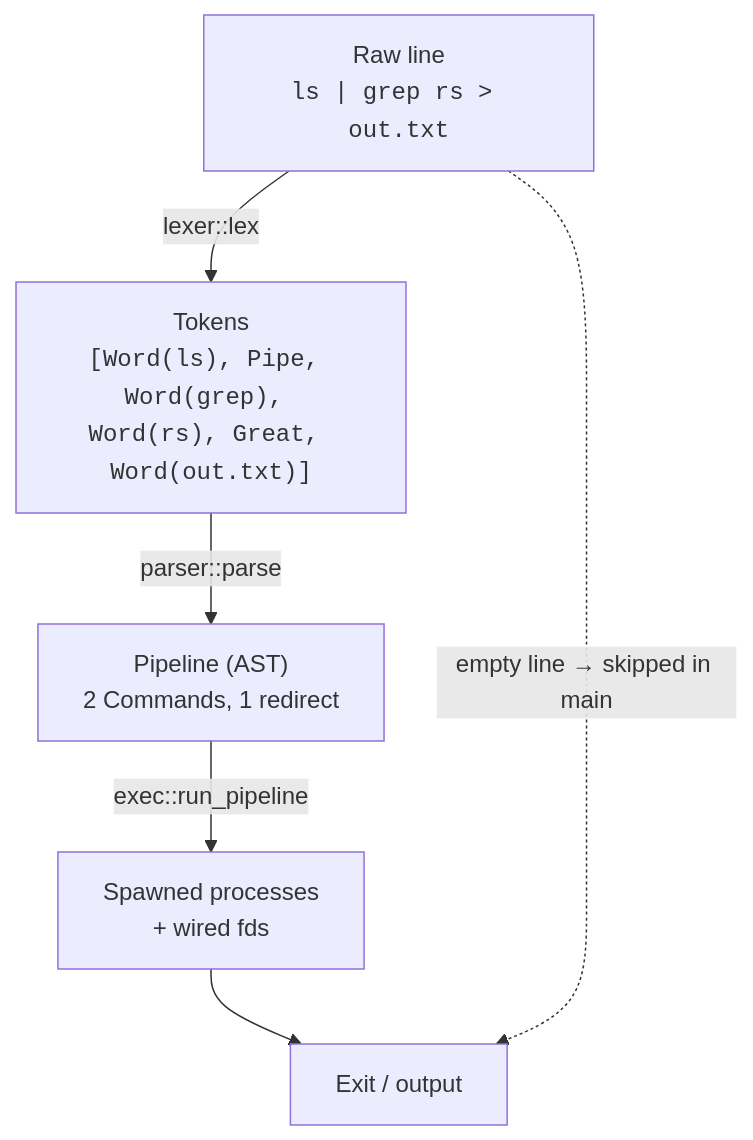
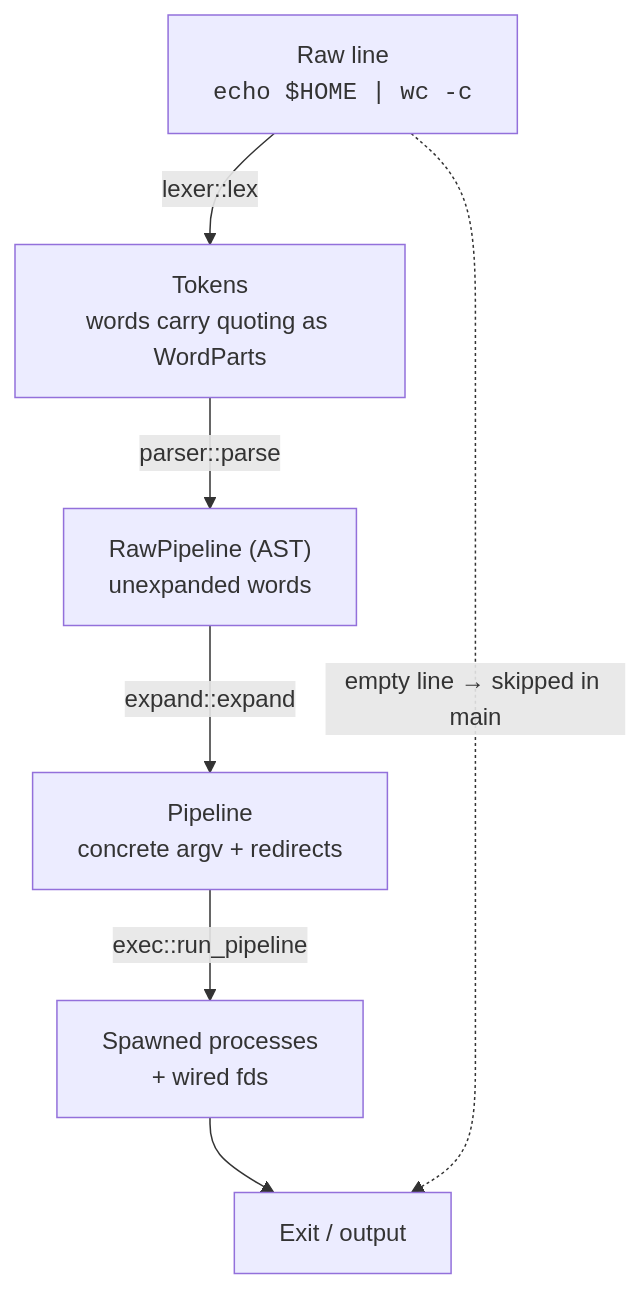
Before and after one commit to baileyrd/rush: the second of 6 diagrams in docs/ARCHITECTURE.md, drawn with Mermaid. The commit also changed other lines of this file and 6 other files, not shown here.

````diff
--- a/docs/ARCHITECTURE.md
+++ b/docs/ARCHITECTURE.md
@@ -62,15 +62,17 @@
 ```mermaid
 flowchart TD
-    A["Raw line<br/><code>ls | grep rs &gt; out.txt</code>"]
-    B["Tokens<br/><code>[Word(ls), Pipe, Word(grep), Word(rs), Great, Word(out.txt)]</code>"]
-    C["Pipeline (AST)<br/>2 Commands, 1 redirect"]
+    A["Raw line<br/><code>echo $HOME | wc -c</code>"]
+    B["Tokens<br/>words carry quoting as WordParts"]
+    C["RawPipeline (AST)<br/>unexpanded words"]
+    F["Pipeline<br/>concrete argv + redirects"]
     D["Spawned processes<br/>+ wired fds"]
     E["Exit / output"]
 
     A -->|"lexer::lex"| B
     B -->|"parser::parse"| C
-    C -->|"exec::run_pipeline"| D
+    C -->|"expand::expand"| F
+    F -->|"exec::run_pipeline"| D
     D --> E
 
     A -.->|"empty line → skipped in main"| E
 ```
````
